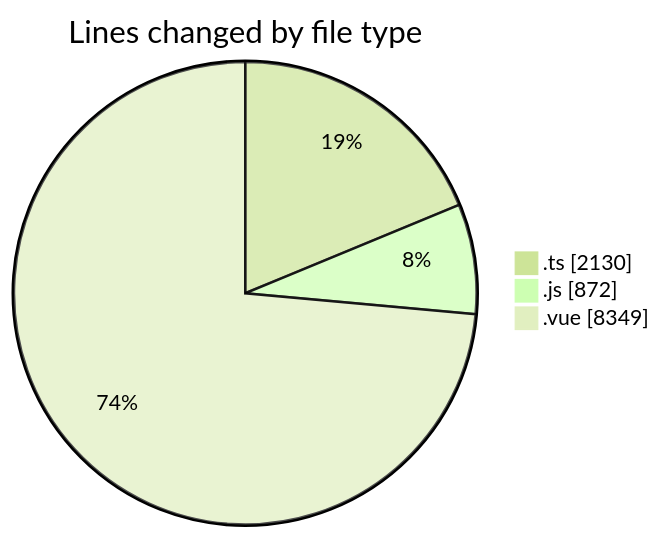
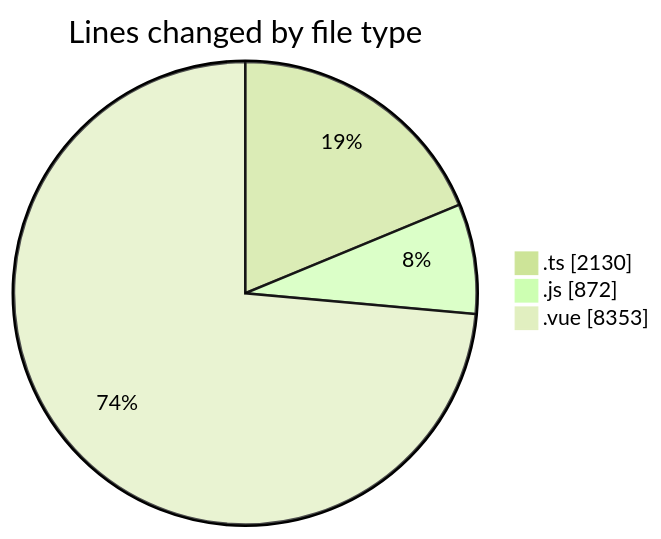
The first of 2 diagrams in 2025-08-16/rentotp/README.md (lephambinh05/code-tracking), drawn with Mermaid (forest theme) before and after one commit. The commit also changed other lines of this file and 1 other file, not shown here.

````diff
--- a/2025-08-16/rentotp/README.md
+++ b/2025-08-16/rentotp/README.md
@@ -52,7 +52,7 @@
 ```mermaid
 pie showData
 title Lines changed by file type
 ".ts" : 2130
 ".js" : 872
-".vue" : 8349
+".vue" : 8353
 ```
````
